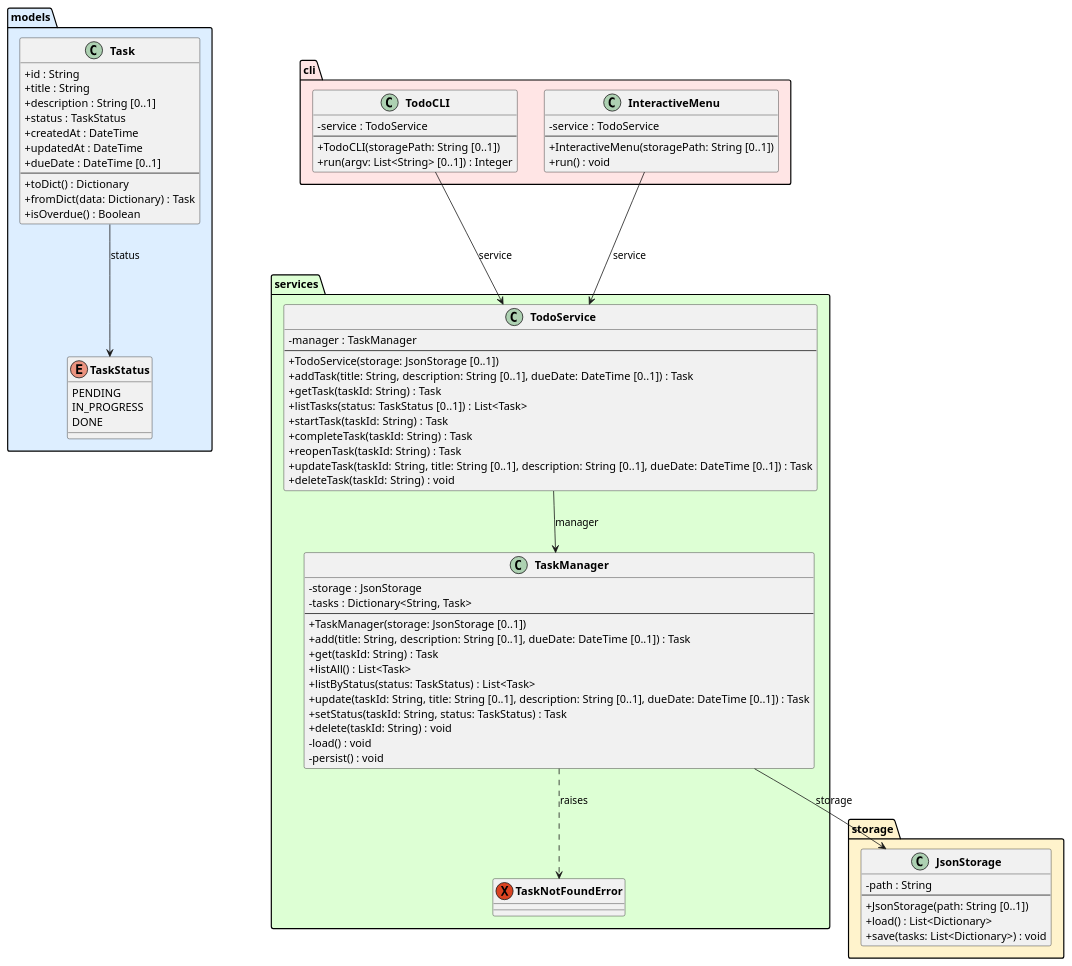
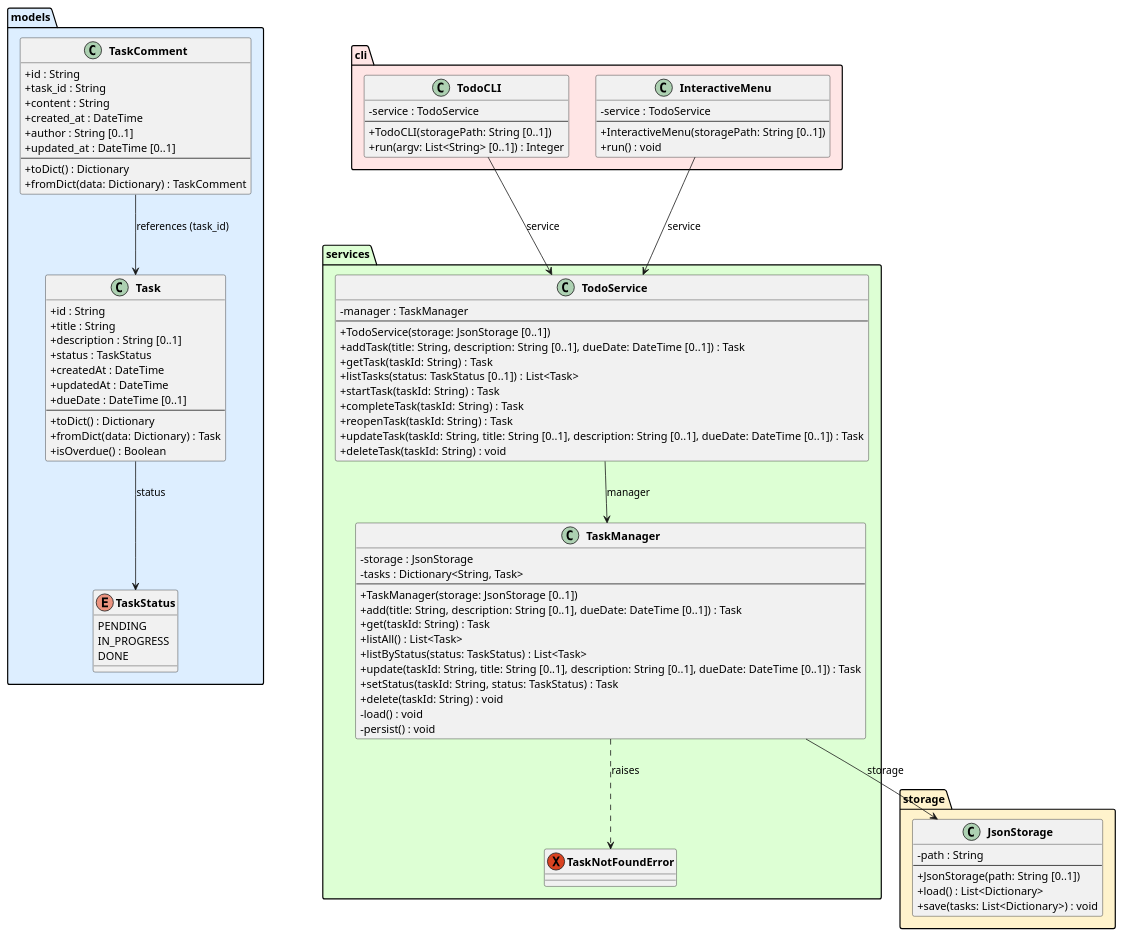
The diagram in experiments/broadcast/structured_text/TODO/artifacts/class_diagram.puml (DanielRiha8906/Software_autoevolution_using_agents), drawn with PlantUML before and after one commit. The commit also changed 4 other files, not shown here.

```diff
--- a/experiments/broadcast/structured_text/TODO/artifacts/class_diagram.puml
+++ b/experiments/broadcast/structured_text/TODO/artifacts/class_diagram.puml
@@ -1,95 +1,108 @@
 @startuml class_diagram
 
 skinparam classAttributeIconSize 0
 skinparam classFontStyle bold
 
 package "models" #DDEEFF {
     enum TaskStatus {
         PENDING
         IN_PROGRESS
         DONE
     }
 
     class Task {
         +id : String
         +title : String
         +description : String [0..1]
         +status : TaskStatus
         +createdAt : DateTime
         +updatedAt : DateTime
         +dueDate : DateTime [0..1]
         --
         +toDict() : Dictionary
         +fromDict(data: Dictionary) : Task
         +isOverdue() : Boolean
+    }
+
+    class TaskComment {
+        +id : String
+        +task_id : String
+        +content : String
+        +created_at : DateTime
+        +author : String [0..1]
+        +updated_at : DateTime [0..1]
+        --
+        +toDict() : Dictionary
+        +fromDict(data: Dictionary) : TaskComment
     }
 }
 
 package "storage" #FFF3CC {
     class JsonStorage {
         -path : String
         --
         +JsonStorage(path: String [0..1])
         +load() : List<Dictionary>
         +save(tasks: List<Dictionary>) : void
     }
 }
 
 package "services" #DDFFD4 {
     exception TaskNotFoundError
 
     class TaskManager {
         -storage : JsonStorage
         -tasks : Dictionary<String, Task>
         --
         +TaskManager(storage: JsonStorage [0..1])
         +add(title: String, description: String [0..1], dueDate: DateTime [0..1]) : Task
         +get(taskId: String) : Task
         +listAll() : List<Task>
         +listByStatus(status: TaskStatus) : List<Task>
         +update(taskId: String, title: String [0..1], description: String [0..1], dueDate: DateTime [0..1]) : Task
         +setStatus(taskId: String, status: TaskStatus) : Task
         +delete(taskId: String) : void
         -load() : void
         -persist() : void
     }
 
     class TodoService {
         -manager : TaskManager
         --
         +TodoService(storage: JsonStorage [0..1])
         +addTask(title: String, description: String [0..1], dueDate: DateTime [0..1]) : Task
         +getTask(taskId: String) : Task
         +listTasks(status: TaskStatus [0..1]) : List<Task>
         +startTask(taskId: String) : Task
         +completeTask(taskId: String) : Task
         +reopenTask(taskId: String) : Task
         +updateTask(taskId: String, title: String [0..1], description: String [0..1], dueDate: DateTime [0..1]) : Task
         +deleteTask(taskId: String) : void
     }
 }
 
 package "cli" #FFE5E5 {
     class TodoCLI {
         -service : TodoService
         --
         +TodoCLI(storagePath: String [0..1])
         +run(argv: List<String> [0..1]) : Integer
     }
 
     class InteractiveMenu {
         -service : TodoService
         --
         +InteractiveMenu(storagePath: String [0..1])
         +run() : void
     }
 }
 
 Task --> TaskStatus : status
+TaskComment --> Task : references (task_id)
 TaskManager --> JsonStorage : storage
 TaskManager ..> TaskNotFoundError : raises
 TodoService --> TaskManager : manager
 TodoCLI --> TodoService : service
 InteractiveMenu --> TodoService : service
 
 @enduml
```
